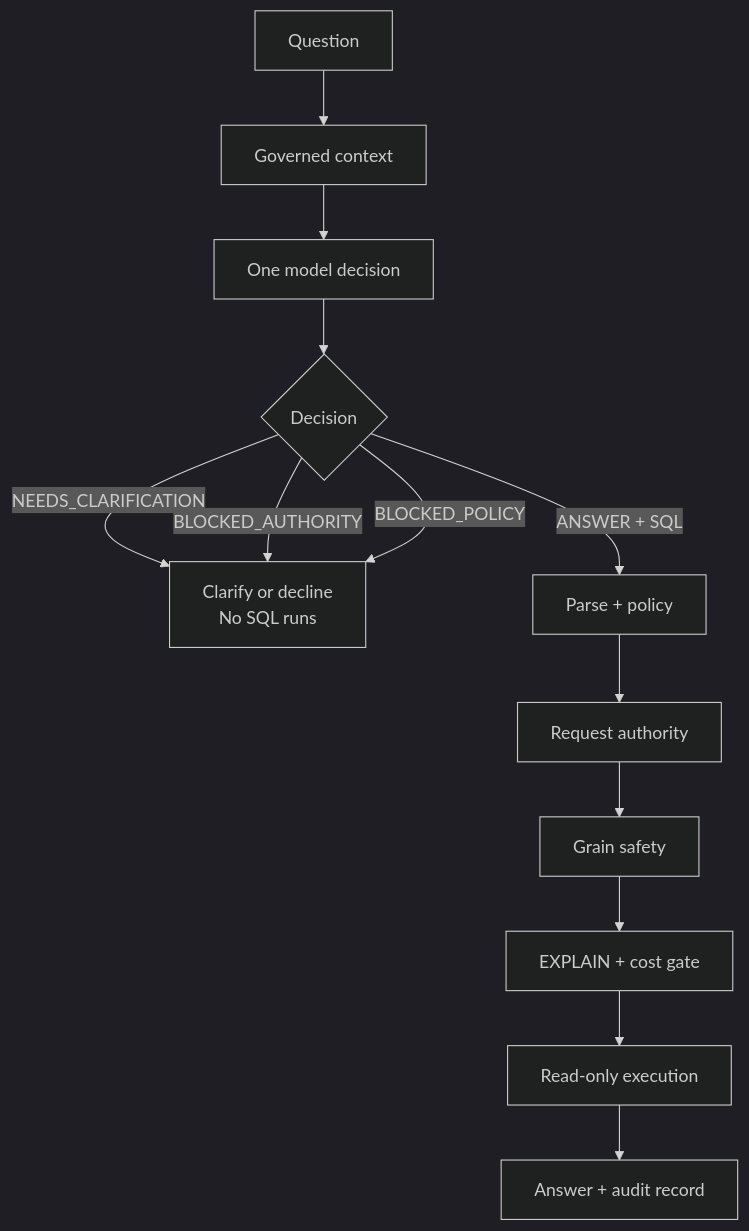
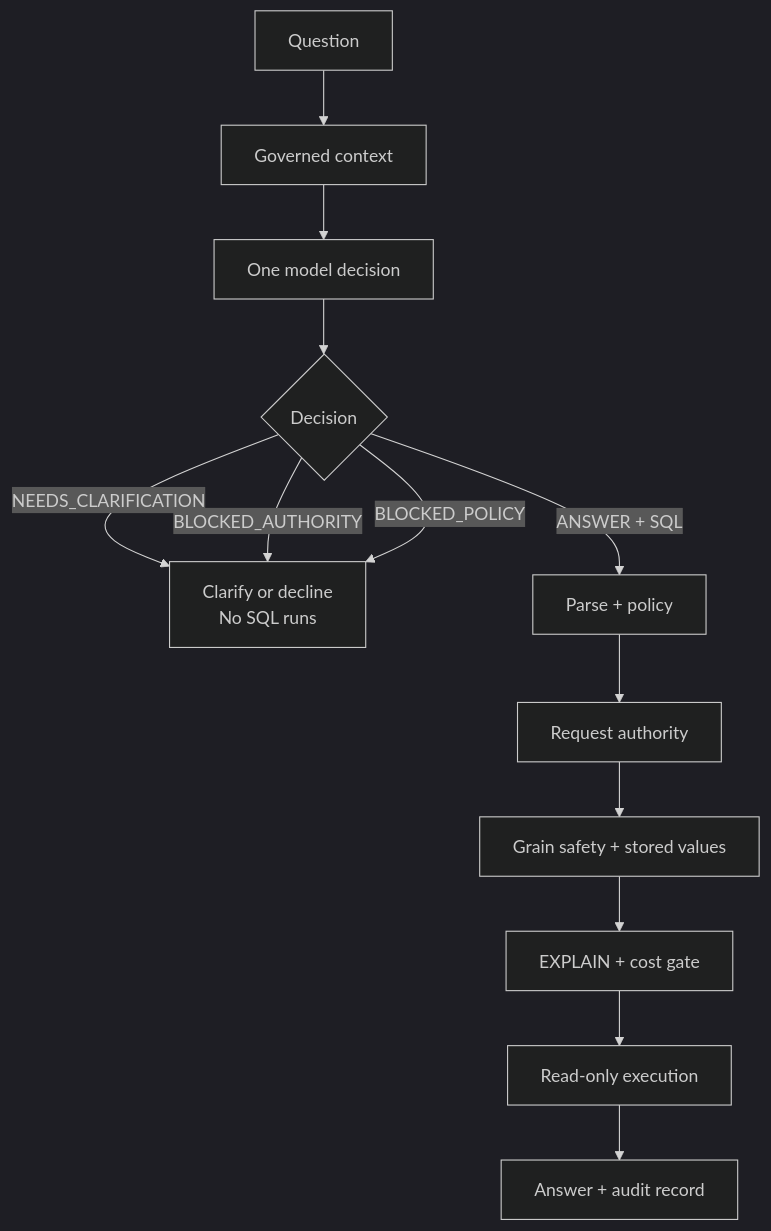
The diagram in README.md (negativexq/decision-sql), drawn with Mermaid (dark theme) before and after one commit. The commit also changed other lines of this file and 2 other files, not shown here.

````diff
--- a/README.md
+++ b/README.md
@@ -34,20 +34,20 @@
 ```mermaid
 flowchart TD
     Q["Question"]
     C["Governed context"]
     L["One model decision"]
     D{"Decision"}
     G["Clarify or decline<br/>No SQL runs"]
     P["Parse + policy"]
     A["Request authority"]
-    GS["Grain safety"]
+    GS["Grain safety + stored values"]
     E["EXPLAIN + cost gate"]
     RO["Read-only execution"]
     R["Answer + audit record"]
 
     Q --> C --> L --> D
     D -->|NEEDS_CLARIFICATION| G
     D -->|BLOCKED_AUTHORITY| G
     D -->|BLOCKED_POLICY| G
     D -->|ANSWER + SQL| P --> A --> GS --> E --> RO --> R
 ```
````
